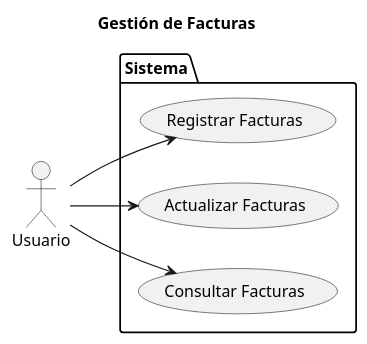
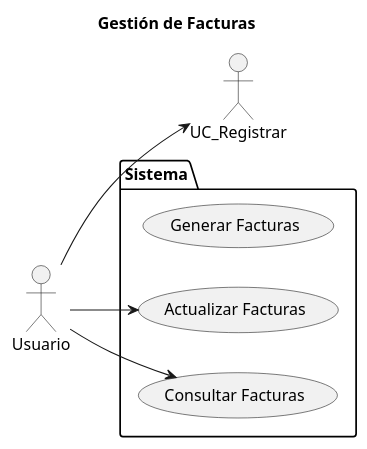
Before and after one commit to marcelolezcanodev/GarageGuru: the diagram in Diagramas/caso_de_uso_Factura.plantuml, drawn with PlantUML. The commit also changed 4 other files, not shown here.

Commit message:
diagramas de casos de uso, actualizacion diagrama de clases

```diff
--- a/Diagramas/caso_de_uso_Factura.plantuml
+++ b/Diagramas/caso_de_uso_Factura.plantuml
@@ -1,21 +1,21 @@
 @startuml usuario
 
 left to right direction
 
 title Gestión de Facturas
 
 actor Usuario as User
 
 package Sistema {
 
-    USECASE "Registrar Facturas" as UC_Registrar
+    USECASE "Generar Facturas" as UC_Generar
     USECASE "Actualizar Facturas" as UC_Editar
     USECASE "Consultar Facturas" as UC_Consultar
 
 }
 
 User --> UC_Registrar
 User --> UC_Editar
 User --> UC_Consultar
 
 @enduml
```
